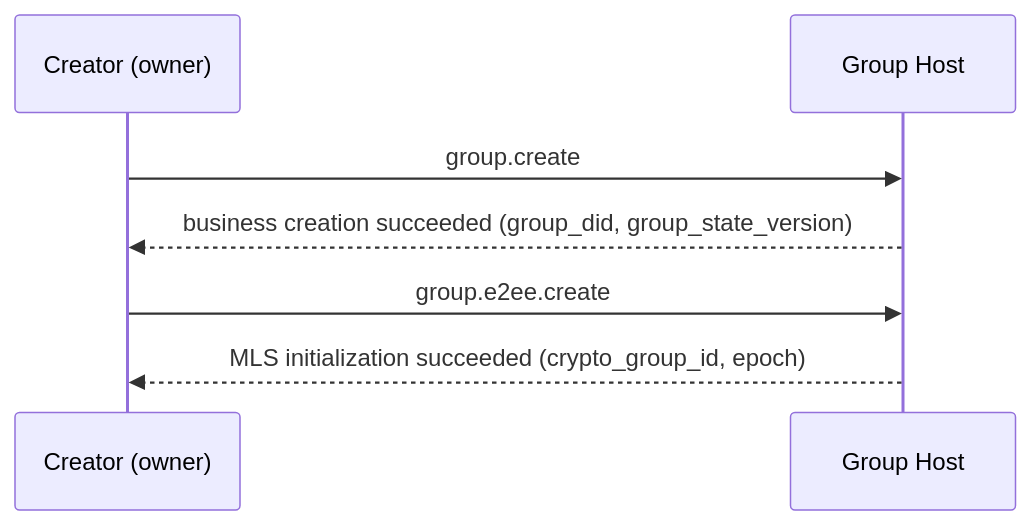
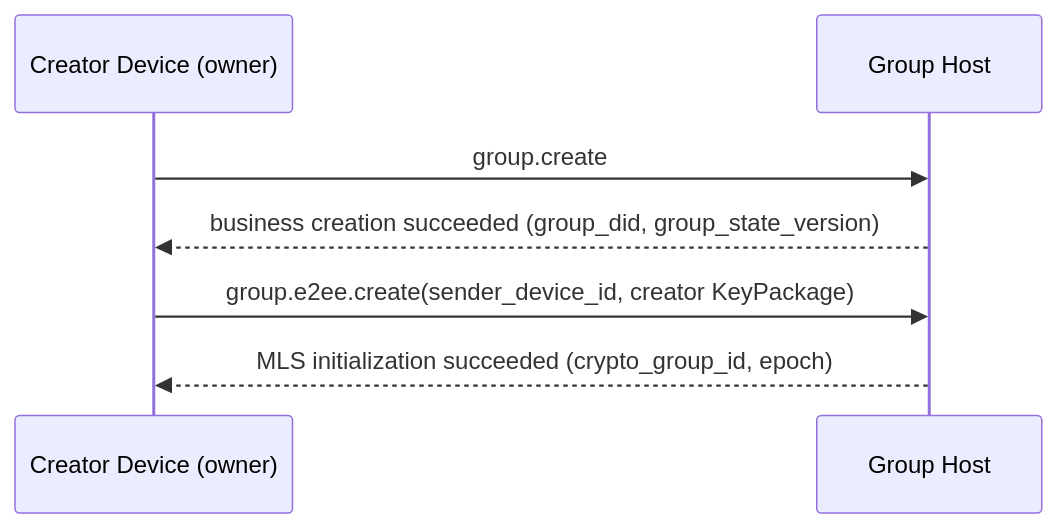
The fourth of 9 diagrams in message/vnext/06-group-end-to-end-encryption.md (NeatNerdPrime/AgentNetworkProtocol), drawn with Mermaid before and after one commit. The commit also changed other lines of this file and 31 other files, not shown here.

````diff
--- a/message/vnext/06-group-end-to-end-encryption.md
+++ b/message/vnext/06-group-end-to-end-encryption.md
@@ -1506,10 +1595,10 @@
 ```mermaid
 sequenceDiagram
-    participant C as Creator (owner)
+    participant C as Creator Device (owner)
     participant H as Group Host
 
     C->>H: group.create
     H-->>C: business creation succeeded (group_did, group_state_version)
-    C->>H: group.e2ee.create
+    C->>H: group.e2ee.create(sender_device_id, creator KeyPackage)
     H-->>C: MLS initialization succeeded (crypto_group_id, epoch)
 ```
````
